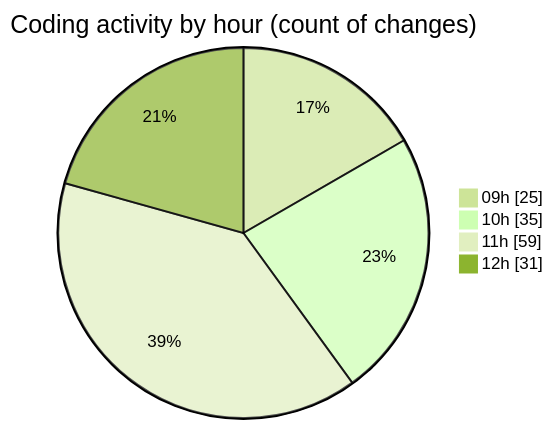
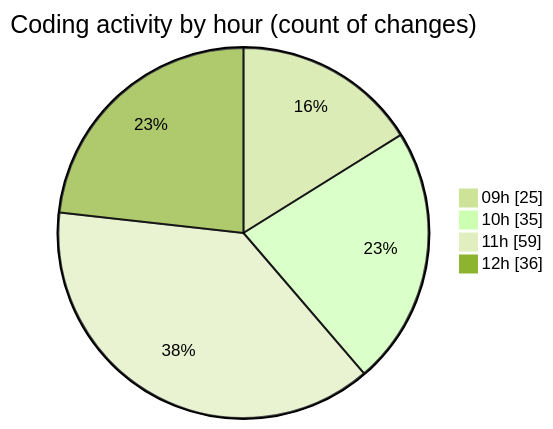
The second of 2 diagrams in 2025-08-22/cda/README.md (momahboobian/code-tracking), drawn with Mermaid (forest theme) before and after one commit. The commit also changed other lines of this file and 1 other file, not shown here.

````diff
--- a/2025-08-22/cda/README.md
+++ b/2025-08-22/cda/README.md
@@ -50,8 +50,8 @@
 ```mermaid
 pie showData
 title Coding activity by hour (count of changes)
 "09h" : 25
 "10h" : 35
 "11h" : 59
-"12h" : 31
+"12h" : 36
 ```
````
